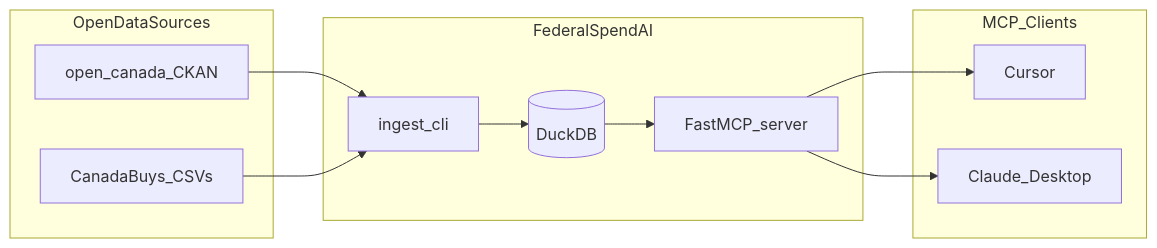
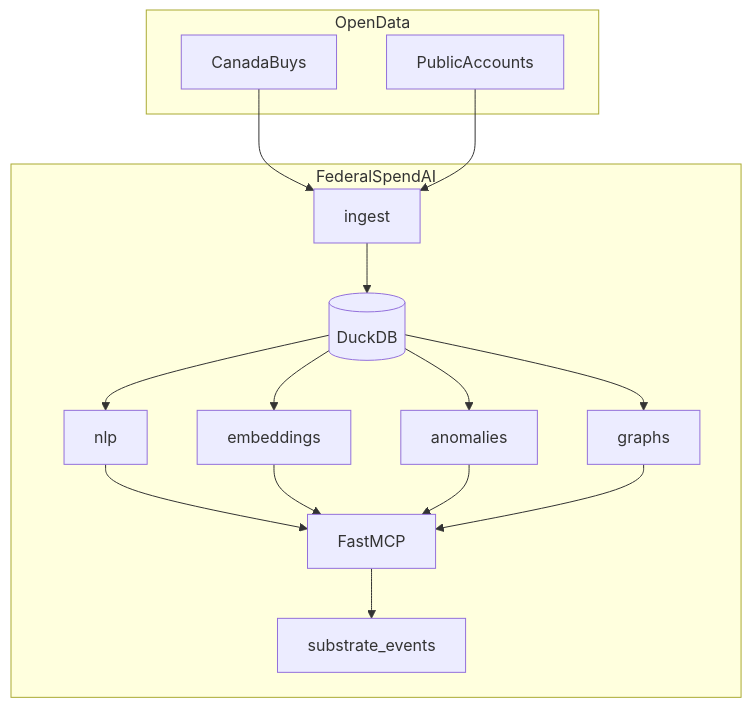
One commit to SBPnet/federal-spend-ai changed the diagram in README.md. Above: the diagram before and after it, drawn with Mermaid. The commit also changed other lines of this file and 36 other files, not shown here.

First line of the commit message:
Add remaining modules: Public Accounts, embeddings, anomalies, graphs, Substrate

````diff
--- a/README.md
+++ b/README.md
@@ -17,22 +19,29 @@
 ```mermaid
-flowchart LR
-  subgraph sources [OpenDataSources]
-    CB[CanadaBuys_CSVs]
-    CKAN[open_canada_CKAN]
+flowchart TB
+  subgraph sources [OpenData]
+    CB[CanadaBuys]
+    PA[PublicAccounts]
   end
   subgraph app [FederalSpendAI]
-    Ingest[ingest_cli]
+    Ingest[ingest]
     DB[(DuckDB)]
-    MCP[FastMCP_server]
+    NLP[nlp]
+    Emb[embeddings]
+    Anom[anomalies]
+    Graph[graphs]
+    MCP[FastMCP]
+    Events[substrate_events]
   end
-  subgraph clients [MCP_Clients]
-    Cursor[Cursor]
-    Claude[Claude_Desktop]
-  end
-  CKAN --> Ingest
   CB --> Ingest
+  PA --> Ingest
   Ingest --> DB
-  DB --> MCP
-  MCP --> Cursor
-  MCP --> Claude
+  DB --> NLP
+  DB --> Emb
+  DB --> Anom
+  DB --> Graph
+  NLP --> MCP
+  Emb --> MCP
+  Anom --> MCP
+  Graph --> MCP
+  MCP --> Events
 ```
````
